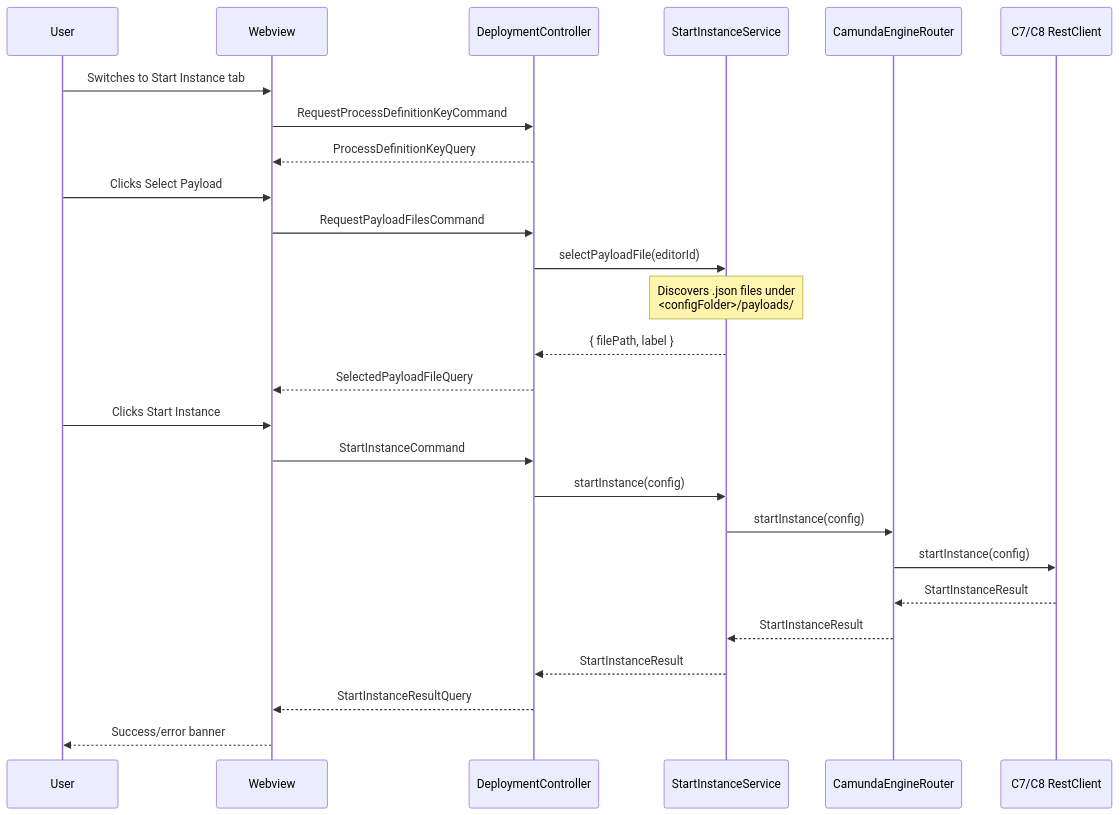
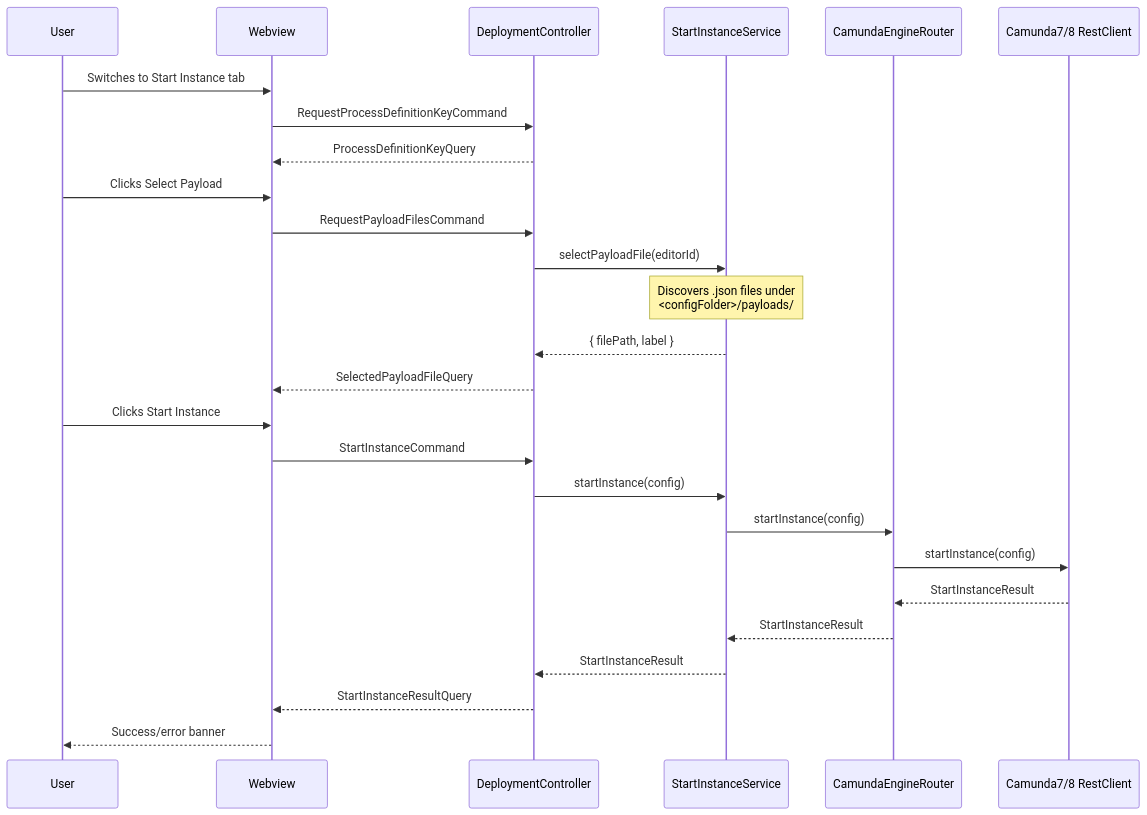
One commit to Miragon/bpmn-modeler changed the second of 2 diagrams in docs/vscode/contributing/architecture/deployment.md. Above: the diagram before and after it, drawn with Mermaid. The commit also changed other lines of this file and 11 other files, not shown here.

````diff
--- a/docs/vscode/contributing/architecture/deployment.md
+++ b/docs/vscode/contributing/architecture/deployment.md
@@ -101,31 +101,31 @@
 ```mermaid
 sequenceDiagram
     participant User
     participant Webview
     participant DeploymentController
     participant StartInstanceService
     participant CamundaEngineRouter
-    participant RestClient as C7/C8 RestClient
+    participant RestClient as Camunda7/8 RestClient
 
     User->>Webview: Switches to Start Instance tab
     Webview->>DeploymentController: RequestProcessDefinitionKeyCommand
     DeploymentController-->>Webview: ProcessDefinitionKeyQuery
 
     User->>Webview: Clicks Select Payload
     Webview->>DeploymentController: RequestPayloadFilesCommand
     DeploymentController->>StartInstanceService: selectPayloadFile(editorId)
     note over StartInstanceService: Discovers .json files under<br/><configFolder>/payloads/
     StartInstanceService-->>DeploymentController: { filePath, label }
     DeploymentController-->>Webview: SelectedPayloadFileQuery
 
     User->>Webview: Clicks Start Instance
     Webview->>DeploymentController: StartInstanceCommand
     DeploymentController->>StartInstanceService: startInstance(config)
     StartInstanceService->>CamundaEngineRouter: startInstance(config)
     CamundaEngineRouter->>RestClient: startInstance(config)
     RestClient-->>CamundaEngineRouter: StartInstanceResult
     CamundaEngineRouter-->>StartInstanceService: StartInstanceResult
     StartInstanceService-->>DeploymentController: StartInstanceResult
     DeploymentController-->>Webview: StartInstanceResultQuery
     Webview-->>User: Success/error banner
 ```
````
